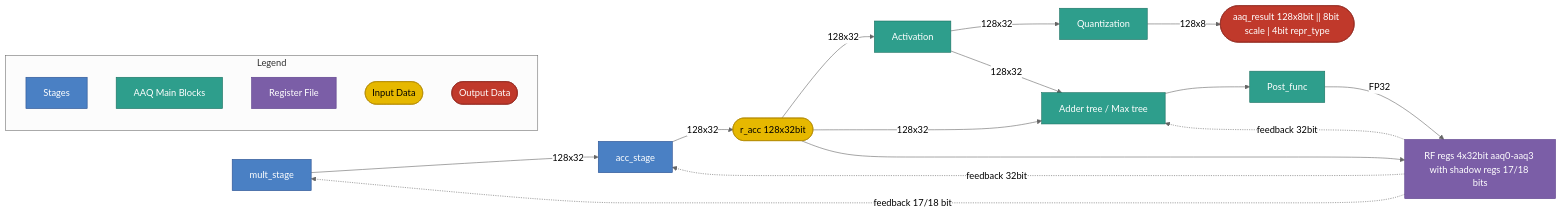
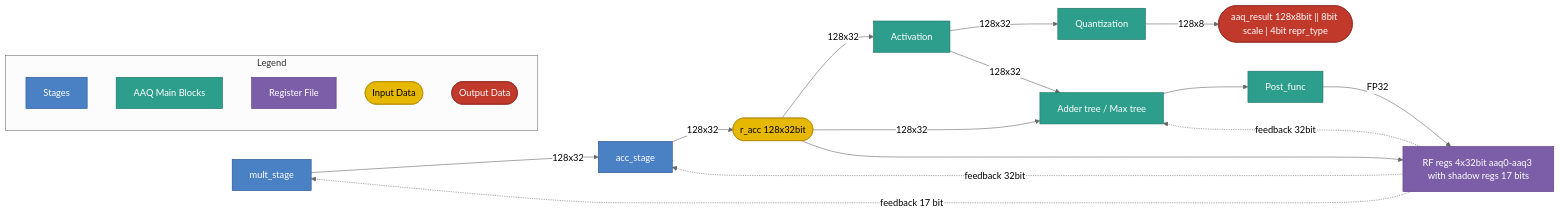
The first of 2 diagrams in docs/content/specs/stage-aaq.md (rechefe/ipu-emulator), drawn with Mermaid (neutral theme) before and after one commit. The commit also changed other lines of this file, not shown here.

Commit message:
Fix RF register feedback bit widths in AAQ stage diagram

````diff
--- a/docs/content/specs/stage-aaq.md
+++ b/docs/content/specs/stage-aaq.md
@@ -14,40 +14,40 @@
 ```mermaid
 flowchart LR
     mult_stage:::blue
     acc_stage:::blue
     ACC(["r_acc 128x32bit"]):::yellow
     OUT(["aaq_result 128x8bit || 8bit scale | 4bit repr_type"]):::red
     ACT["Activation"]:::teal
     QUANT["Quantization"]:::teal
     RED["Adder tree / Max tree"]:::teal
     PFN["Post_func"]:::teal
-    RF["RF regs 4x32bit aaq0-aaq3 with shadow regs 17/18 bits"]:::purple
+    RF["RF regs 4x32bit aaq0-aaq3 with shadow regs 17 bits"]:::purple
 
     ACC -->|128x32| ACT
     ACC -->|128x32| RED
     ACT -->|128x32| QUANT
     ACT --> |128x32| RED
     QUANT -->|128x8| OUT
     mult_stage --> |128x32| acc_stage
     acc_stage --> |128x32| ACC
     ACC --> RF
     RED --> PFN
     PFN -->|FP32| RF
     RF -.->|feedback 32bit| RED
-    RF -.->|feedback 17/18 bit| mult_stage
+    RF -.->|feedback 17 bit| mult_stage
     RF -.->|feedback 32bit| acc_stage
 
     subgraph LEGEND["Legend"]
         L_blue["Stages"]:::blue
         L_teal["AAQ Main Blocks"]:::teal
         L_purple["Register File"]:::purple
         L_yellow(["Input Data"]):::yellow
         L_red(["Output Data"]):::red
     end
 
     classDef blue fill:#4a80c4,stroke:#2a5090,color:#fff
     classDef teal fill:#2e9e8c,stroke:#1a7060,color:#fff
     classDef purple fill:#7b5ea7,stroke:#5a3d8a,color:#fff
     classDef yellow fill:#e6b800,stroke:#b38a00,color:#000
     classDef red fill:#c0392b,stroke:#922b21,color:#fff
 ```
````
